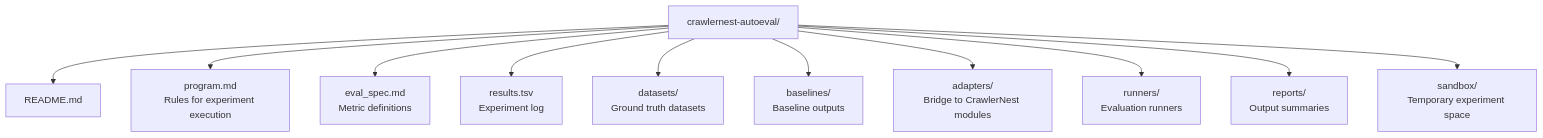
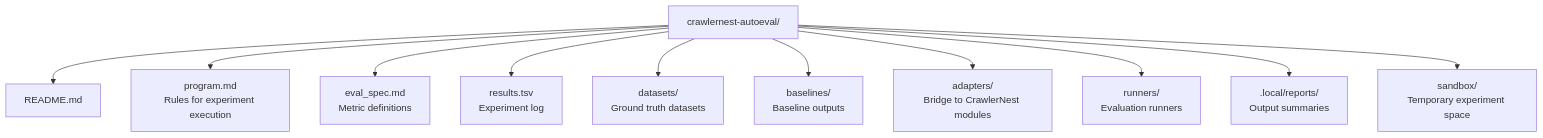
One commit to heinricitorgau/CrawlerNest changed the second of 2 diagrams in crawlernest/crawlernest-autoeval/README.md. Above: the diagram before and after it, drawn with Mermaid. The commit also changed 107 other files, not shown here.

````diff
--- a/crawlernest/crawlernest-autoeval/README.md
+++ b/crawlernest/crawlernest-autoeval/README.md
@@ -87,25 +87,25 @@
 ```mermaid
 flowchart TB
     root["crawlernest-autoeval/"]
     readme["README.md"]
     program["program.md<br/>Rules for experiment execution"]
     spec["eval_spec.md<br/>Metric definitions"]
     results["results.tsv<br/>Experiment log"]
     datasets["datasets/<br/>Ground truth datasets"]
     baselines["baselines/<br/>Baseline outputs"]
     adapters["adapters/<br/>Bridge to CrawlerNest modules"]
     runners["runners/<br/>Evaluation runners"]
-    reports["reports/<br/>Output summaries"]
+    reports[".local/reports/<br/>Output summaries"]
     sandbox["sandbox/<br/>Temporary experiment space"]
 
     root --> readme
     root --> program
     root --> spec
     root --> results
     root --> datasets
     root --> baselines
     root --> adapters
     root --> runners
     root --> reports
     root --> sandbox
 ```
````
